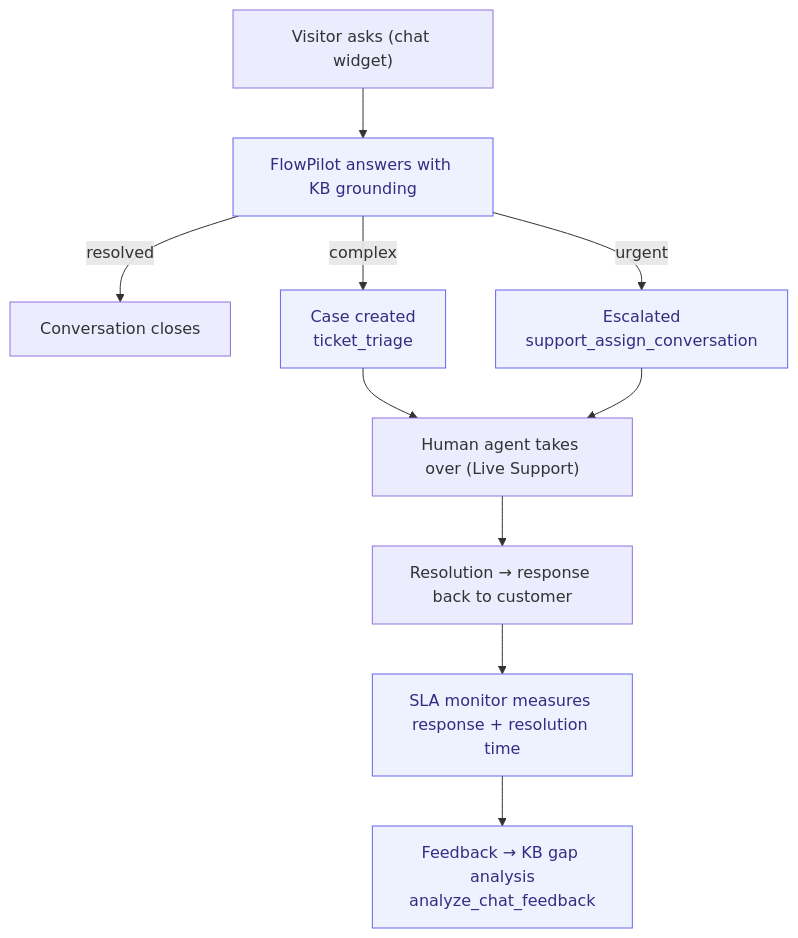
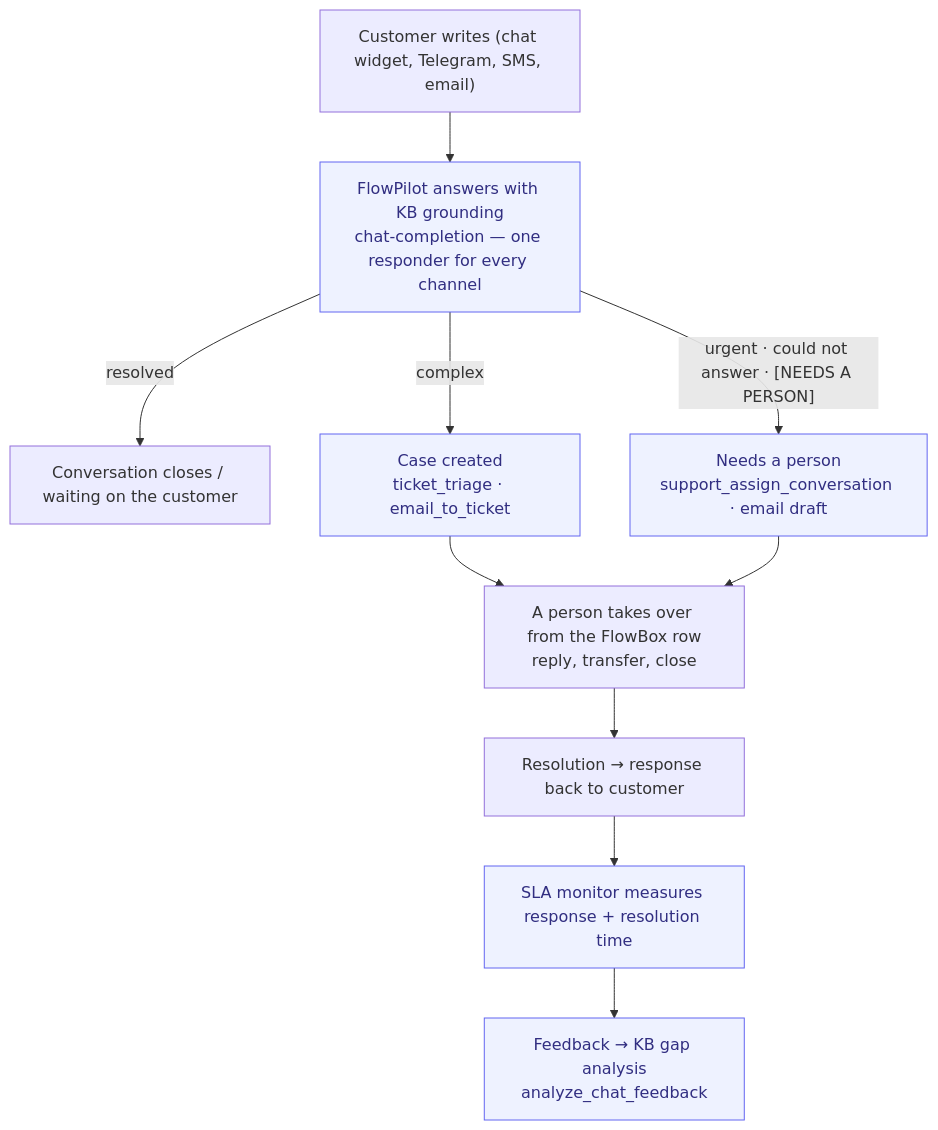
One commit to flowwink/flowwink changed the diagram in docs/processes/support-to-resolution.md. Above: the diagram before and after it, drawn with Mermaid. The commit also changed other lines of this file and 19 other files, not shown here.

````diff
--- a/docs/processes/support-to-resolution.md
+++ b/docs/processes/support-to-resolution.md
@@ -32,15 +33,15 @@
 ```mermaid
 flowchart TD
-    A["Visitor asks (chat widget)"] --> B["FlowPilot answers with KB grounding"]
-    B -->|resolved| C["Conversation closes"]
-    B -->|complex| D["Case created<br/>ticket_triage"]
-    B -->|urgent| E["Escalated<br/>support_assign_conversation"]
-    D --> F["Human agent takes over (Live Support)"]
+    A["Customer writes (chat widget, Telegram, SMS, email)"] --> B["FlowPilot answers with KB grounding<br/>chat-completion — one responder for every channel"]
+    B -->|resolved| C["Conversation closes / waiting on the customer"]
+    B -->|complex| D["Case created<br/>ticket_triage · email_to_ticket"]
+    B -->|"urgent · could not answer · [NEEDS A PERSON]"| E["Needs a person<br/>support_assign_conversation · email draft"]
+    D --> F["A person takes over from the FlowBox row<br/>reply, transfer, close"]
     E --> F
     F --> G["Resolution → response back to customer"]
     G --> H["SLA monitor measures response + resolution time"]
     H --> I["Feedback → KB gap analysis<br/>analyze_chat_feedback"]
 
     classDef agent fill:#eef2ff,stroke:#6366f1,color:#312e81;
     class B,D,E,H,I agent
 ```
````
